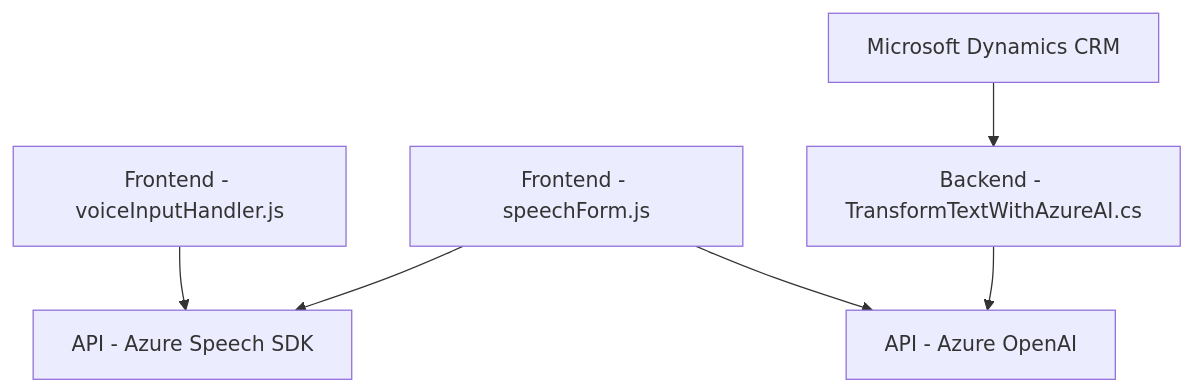
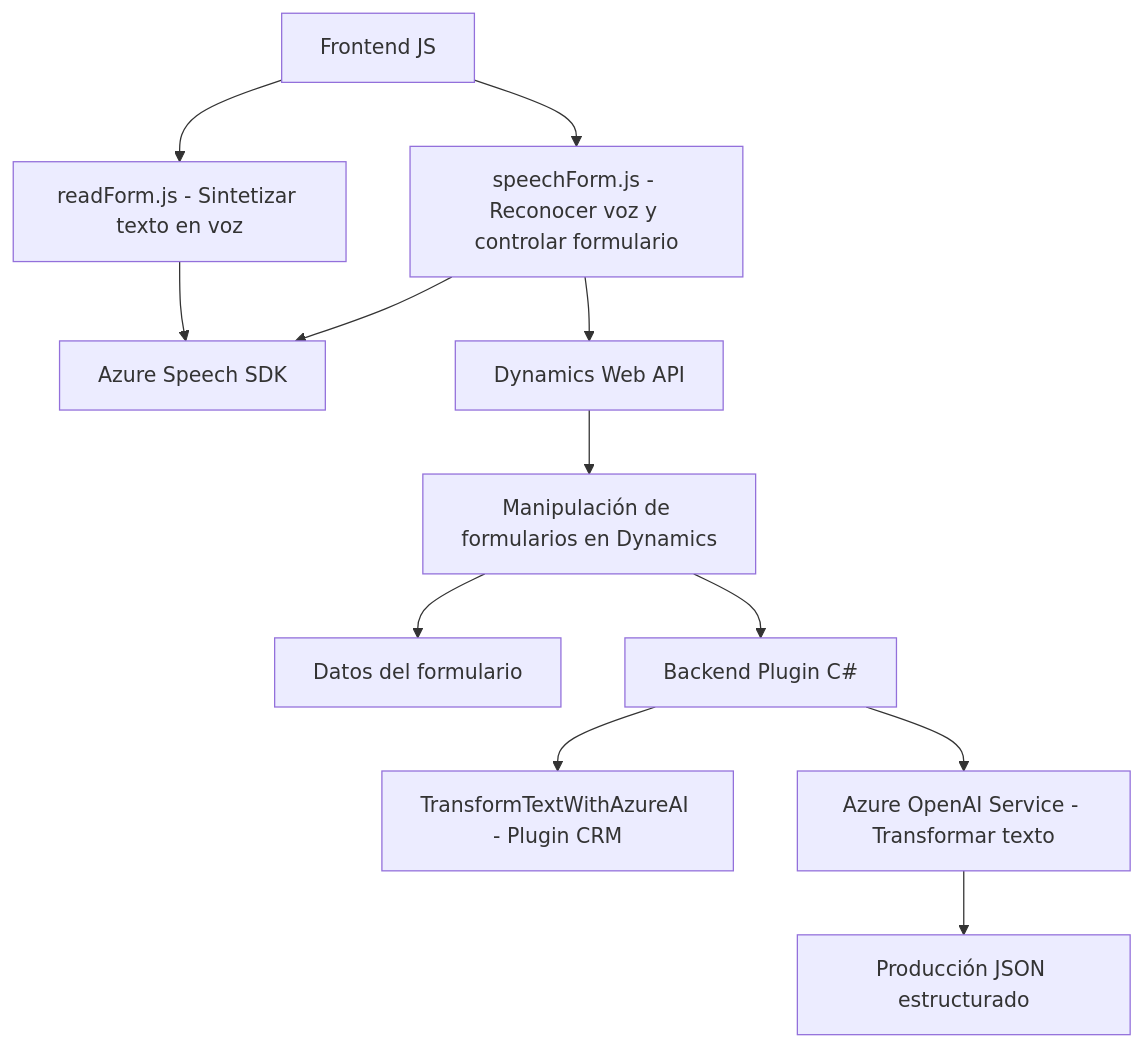
One commit to blopezdm/NETCORE_BILBAO2025 changed the diagram in README.md. Above: the diagram before and after it, drawn with Mermaid. The commit also changed other lines of this file, not shown here.

````diff
--- a/README.md
+++ b/README.md
@@ -31,15 +42,14 @@
 ```mermaid
 graph TD
-  A["Frontend - voiceInputHandler.js"]
-  B["Frontend - speechForm.js"]
-  C["Backend - TransformTextWithAzureAI.cs"]
-  D["API - Azure Speech SDK"]
-  E["API - Azure OpenAI"]
-  F["Microsoft Dynamics CRM"]
-
-  A --> D
-  B --> D
-  B --> E
-  F --> C
-  C --> E
+  A["Frontend JS"] --> B["readForm.js - Sintetizar texto en voz"]
+  A --> C["speechForm.js - Reconocer voz y controlar formulario"]
+  B --> D["Azure Speech SDK"]
+  C --> D
+  C --> E["Dynamics Web API"]
+  E --> F["Manipulación de formularios en Dynamics"]
+  F --> G["Datos del formulario"]
+  F --> H["Backend Plugin C#"]
+  H --> I["TransformTextWithAzureAI - Plugin CRM"]
+  H --> J["Azure OpenAI Service - Transformar texto"]
+  J --> K["Producción JSON estructurado"]
 ```
````
